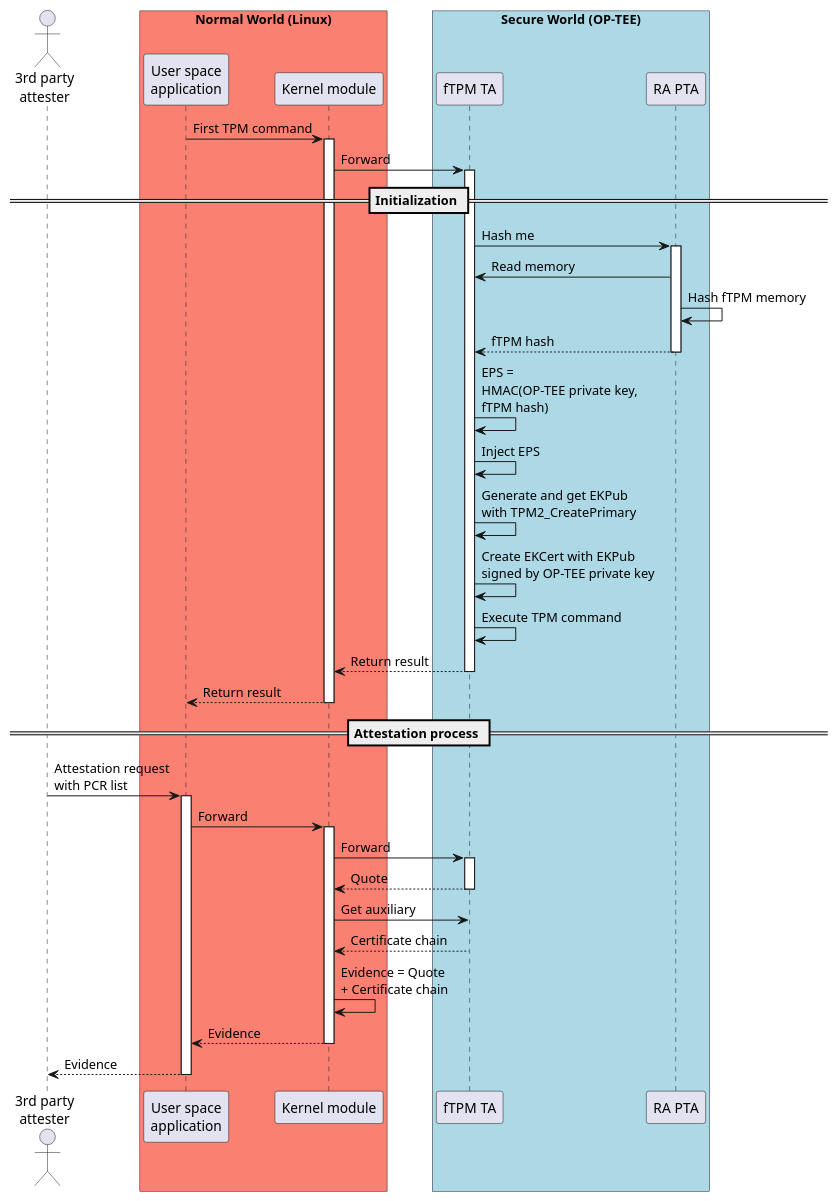
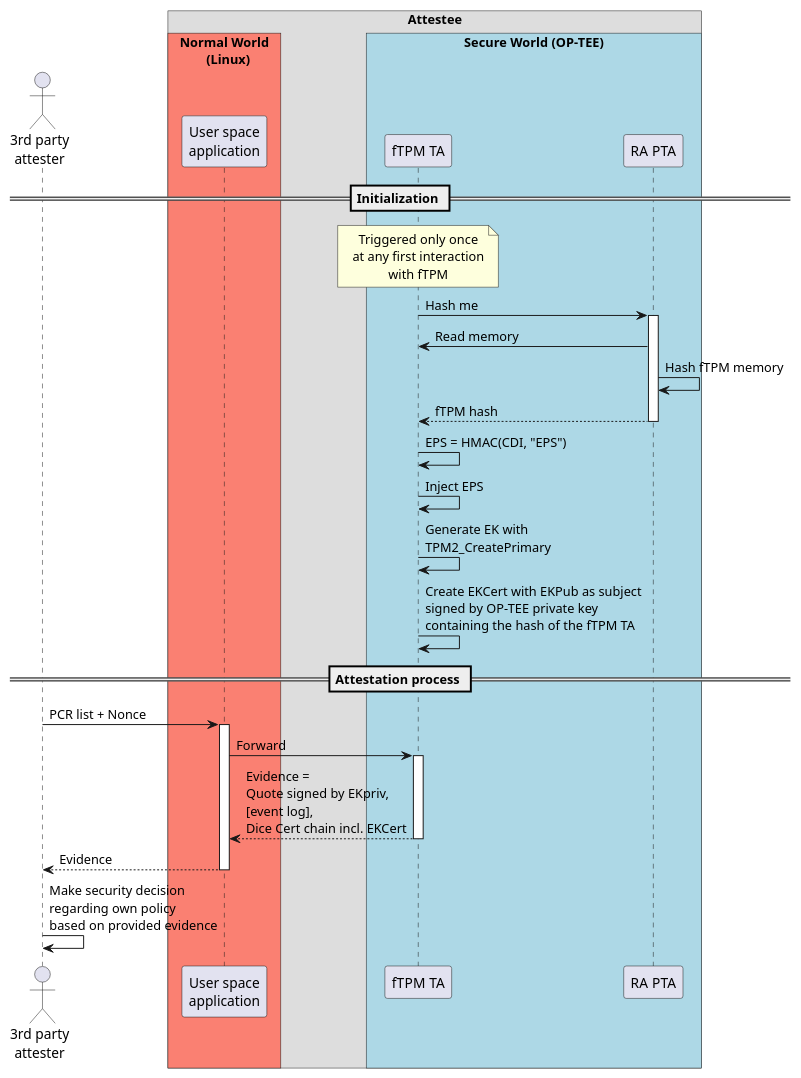
Before and after one commit to akorb/master-thesis: the diagram in figures/sequence_diagram.puml, drawn with PlantUML.

Commit message:
Update sequence diagram

```diff
--- a/figures/sequence_diagram.puml
+++ b/figures/sequence_diagram.puml
@@ -1,56 +1,48 @@
 @startuml sequence diagram
+!pragma teoz true
 
-
+skinparam NoteTextAlignment center
 
 actor "3rd party\nattester"
 
-"User space\napplication" -> "Kernel module" ++: First TPM command
-"Kernel module" -> "fTPM TA" ++: Forward
+== Initialization ==
 
-== Initialization ==
+note over "fTPM TA": Triggered only once\nat any first interaction\nwith fTPM
 
 "fTPM TA" -> "RA PTA" ++: Hash me
 
 "RA PTA" -> "fTPM TA": Read memory
 "RA PTA" -> "RA PTA": Hash fTPM memory
 "fTPM TA" <-- "RA PTA" --: fTPM hash
 
 ' Formula (2) from https://trustedcomputinggroup.org/wp-content/uploads/Hardware-Requirements-for-Device-Identifier-Composition-Engine-r78_For-Publication.pdf
-"fTPM TA" -> "fTPM TA": EPS =\nHMAC(OP-TEE private key,\nfTPM hash)
+"fTPM TA" -> "fTPM TA": EPS = HMAC(CDI, "EPS")
 "fTPM TA" -> "fTPM TA": Inject EPS
 
-"fTPM TA" -> "fTPM TA": Generate and get EKPub\nwith TPM2_CreatePrimary
-"fTPM TA" -> "fTPM TA": Create EKCert with EKPub\nsigned by OP-TEE private key
-
-"fTPM TA" -> "fTPM TA": Execute TPM command
-
-
-"Kernel module" <-- "fTPM TA" --: Return result
-"User space\napplication" <-- "Kernel module" --: Return result
+"fTPM TA" -> "fTPM TA": Generate EK with\nTPM2_CreatePrimary
+"fTPM TA" -> "fTPM TA": Create EKCert with EKPub as subject\nsigned by OP-TEE private key\ncontaining the hash of the fTPM TA
 
 
 == Attestation process ==
 
-"3rd party\nattester" -> "User space\napplication" ++: Attestation request\nwith PCR list
-"User space\napplication" -> "Kernel module" ++: Forward
+"3rd party\nattester" -> "User space\napplication" ++: PCR list + Nonce
 
-"Kernel module" -> "fTPM TA" ++: Forward
-"Kernel module" <-- "fTPM TA" --: Quote
-"Kernel module" -> "fTPM TA": Get auxiliary
-"Kernel module" <-- "fTPM TA": Certificate chain
-"Kernel module" -> "Kernel module": Evidence = Quote\n+ Certificate chain
-"User space\napplication" <-- "Kernel module" --: Evidence
+"User space\napplication" -> "fTPM TA" ++: Forward
+"User space\napplication" <-- "fTPM TA" --: Evidence =\nQuote signed by EKpriv,\n[event log],\nDice Cert chain incl. EKCert
 "3rd party\nattester" <-- "User space\napplication" --: Evidence
 
+"3rd party\nattester" -> "3rd party\nattester": Make security decision\nregarding own policy\nbased on provided evidence
 
-box "Normal World (Linux)" #Salmon
-participant "User space\napplication"
-participant "Kernel module"
-end box
+box "Attestee"
+    box "Normal World\n        (Linux)" #Salmon
+    participant "User space\napplication"
+    participant "User space\napplication"
+    end box
 
-box "Secure World (OP-TEE)" #LightBlue
-participant "fTPM TA"
-participant "RA PTA"
+    box "Secure World (OP-TEE)" #LightBlue
+    participant "fTPM TA"
+    participant "RA PTA"
+    end box
 end box
 
 @enduml
```
